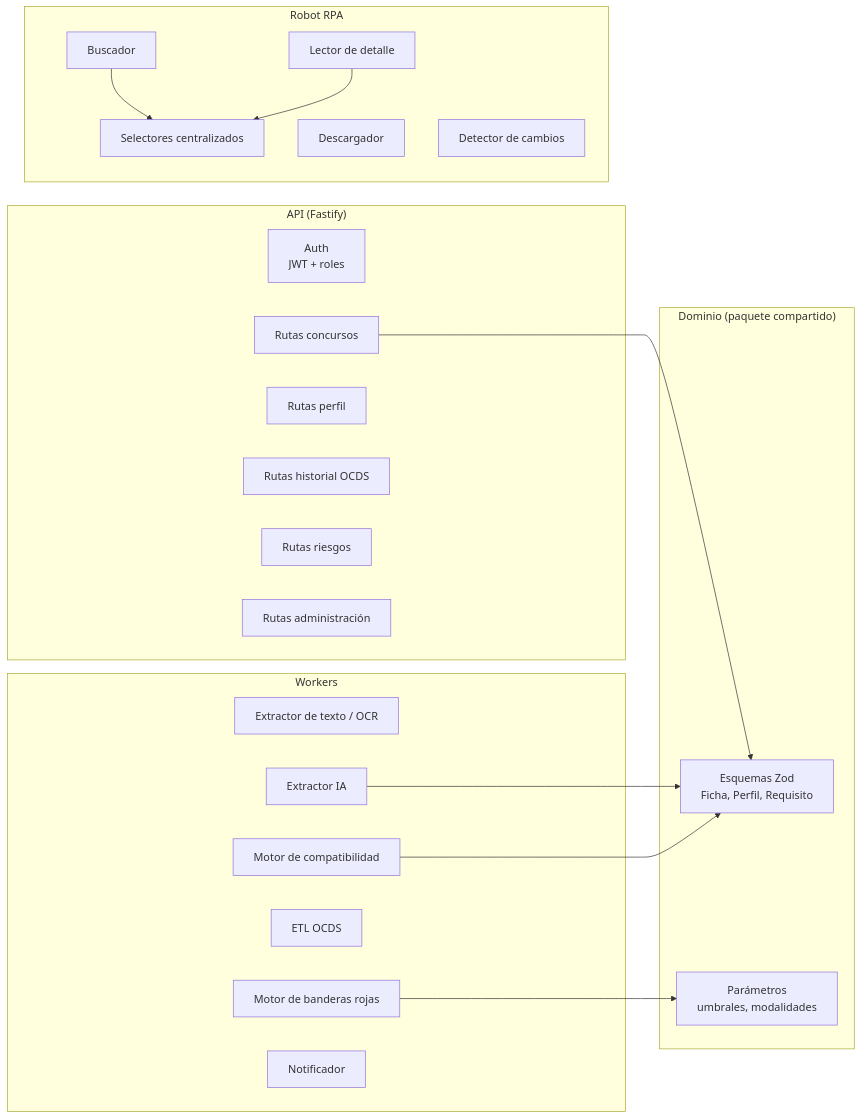
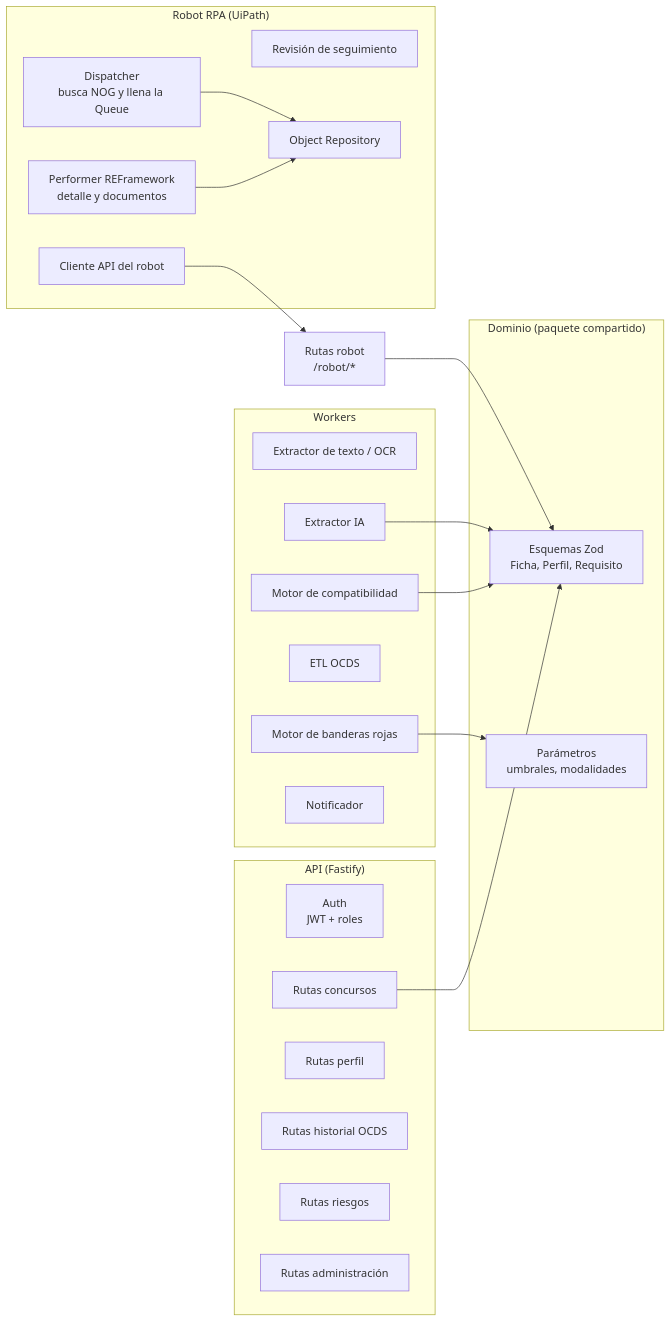
The third of 4 diagrams in docs/05-arquitectura.md (DenisArango/GuateComprasRPA), drawn with Mermaid before and after one commit. The commit also changed other lines of this file and 15 other files, not shown here.

````diff
--- a/docs/05-arquitectura.md
+++ b/docs/05-arquitectura.md
@@ -99,40 +107,44 @@
 ```mermaid
 flowchart LR
     subgraph API["API (Fastify)"]
         AUTH[Auth<br/>JWT + roles]
         R_CON[Rutas concursos]
         R_PER[Rutas perfil]
         R_HIS[Rutas historial OCDS]
         R_RIE[Rutas riesgos]
         R_ADM[Rutas administración]
     end
 
     subgraph DOM["Dominio (paquete compartido)"]
         SCH[Esquemas Zod<br/>Ficha, Perfil, Requisito]
         CFG[Parámetros<br/>umbrales, modalidades]
     end
 
     subgraph WRK["Workers"]
         W_DOC[Extractor de texto / OCR]
         W_IA[Extractor IA]
         W_COM[Motor de compatibilidad]
         W_OCDS[ETL OCDS]
         W_RIE[Motor de banderas rojas]
         W_NOT[Notificador]
     end
 
-    subgraph BOT["Robot RPA"]
-        B_SRCH[Buscador]
-        B_DET[Lector de detalle]
-        B_DL[Descargador]
-        B_CHG[Detector de cambios]
-        B_SEL[Selectores centralizados]
+    subgraph BOT["Robot RPA (UiPath)"]
+        B_DSP[Dispatcher<br/>busca NOG y llena la Queue]
+        B_PRF[Performer REFramework<br/>detalle y documentos]
+        B_CHG[Revisión de seguimiento]
+        B_SEL[Object Repository]
+        B_CLI[Cliente API del robot]
     end
 
+    R_ROB[Rutas robot<br/>/robot/*]
+
     R_CON --> SCH
+    R_ROB --> SCH
+    B_CLI --> R_ROB
+    B_DSP --> B_SEL
+    B_PRF --> B_SEL
     W_IA --> SCH
     W_COM --> SCH
     W_RIE --> CFG
-    B_SRCH --> B_SEL
-    B_DET --> B_SEL
 ```
````
